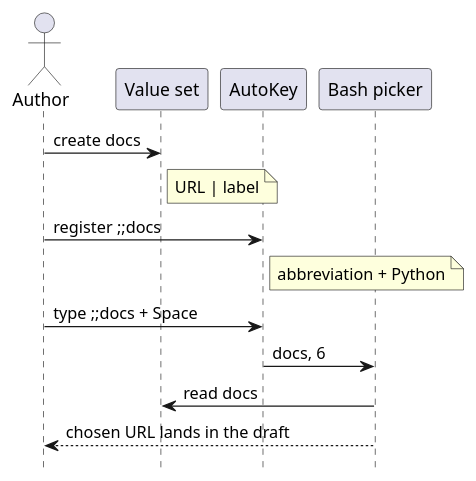
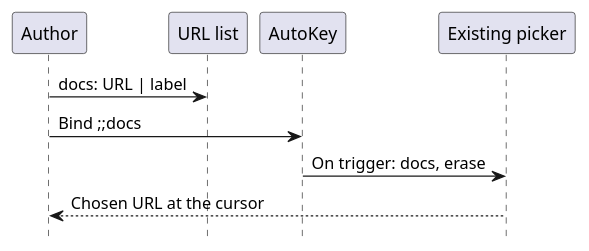
Before and after one commit to Piotr1215/youtube: the diagram in semicolon-shortcuts/diagrams/build-shortcut.puml, drawn with PlantUML. The commit also changed 1 other file, not shown here.

Commit message:
fix(semicolon-shortcuts): fit sequence diagrams at recording zoom
The video font size cut off the lower arrows. Keep one arrow per meaningful handoff and show the setup without the actor drawing and separate note boxes.

```diff
--- a/semicolon-shortcuts/diagrams/build-shortcut.puml
+++ b/semicolon-shortcuts/diagrams/build-shortcut.puml
@@ -1,16 +1,12 @@
 @startuml
 hide footbox
-actor Author
-participant "Value set" as List
+participant Author
+participant "URL list" as List
 participant AutoKey
-participant "Bash picker" as Picker
+participant "Existing picker" as Picker
 
-Author -> List: create docs
-note right of List: URL | label
-Author -> AutoKey: register ;;docs
-note right of AutoKey: abbreviation + Python
-Author -> AutoKey: type ;;docs + Space
-AutoKey -> Picker: docs, 6
-Picker -> List: read docs
-Picker --> Author: chosen URL lands in the draft
+Author -> List: docs: URL | label
+Author -> AutoKey: Bind ;;docs
+AutoKey -> Picker: On trigger: docs, erase
+Picker --> Author: Chosen URL at the cursor
 @enduml
```
